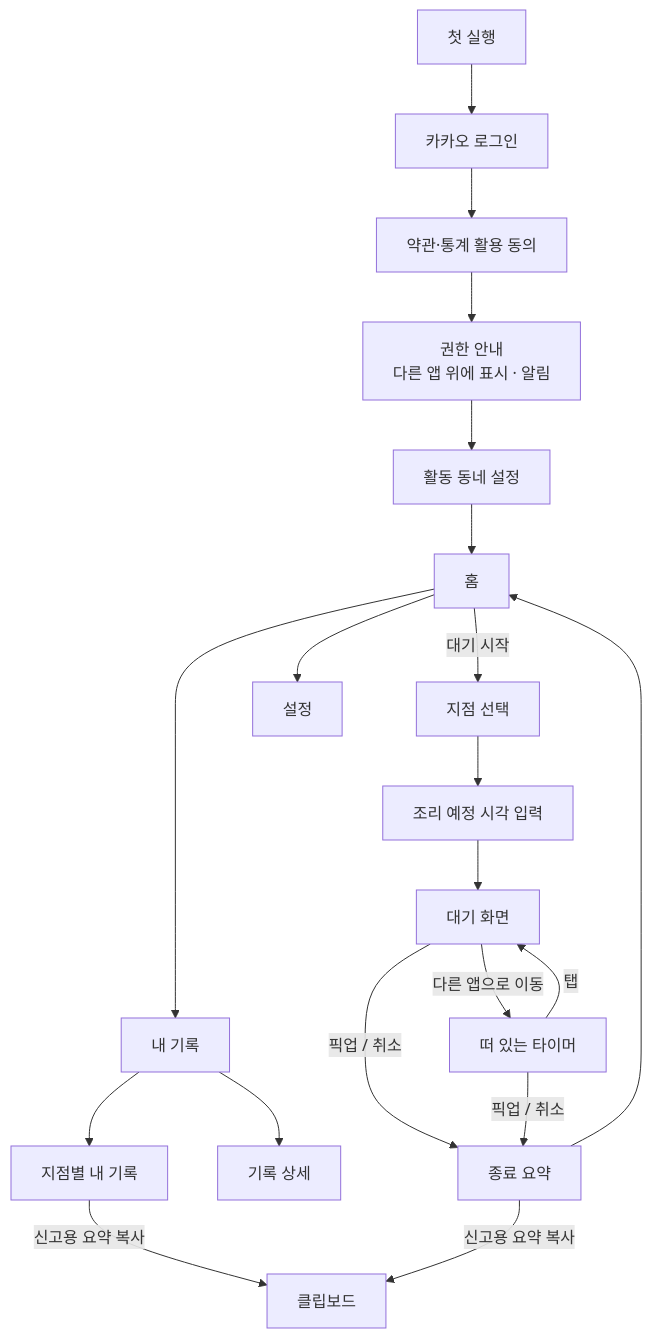
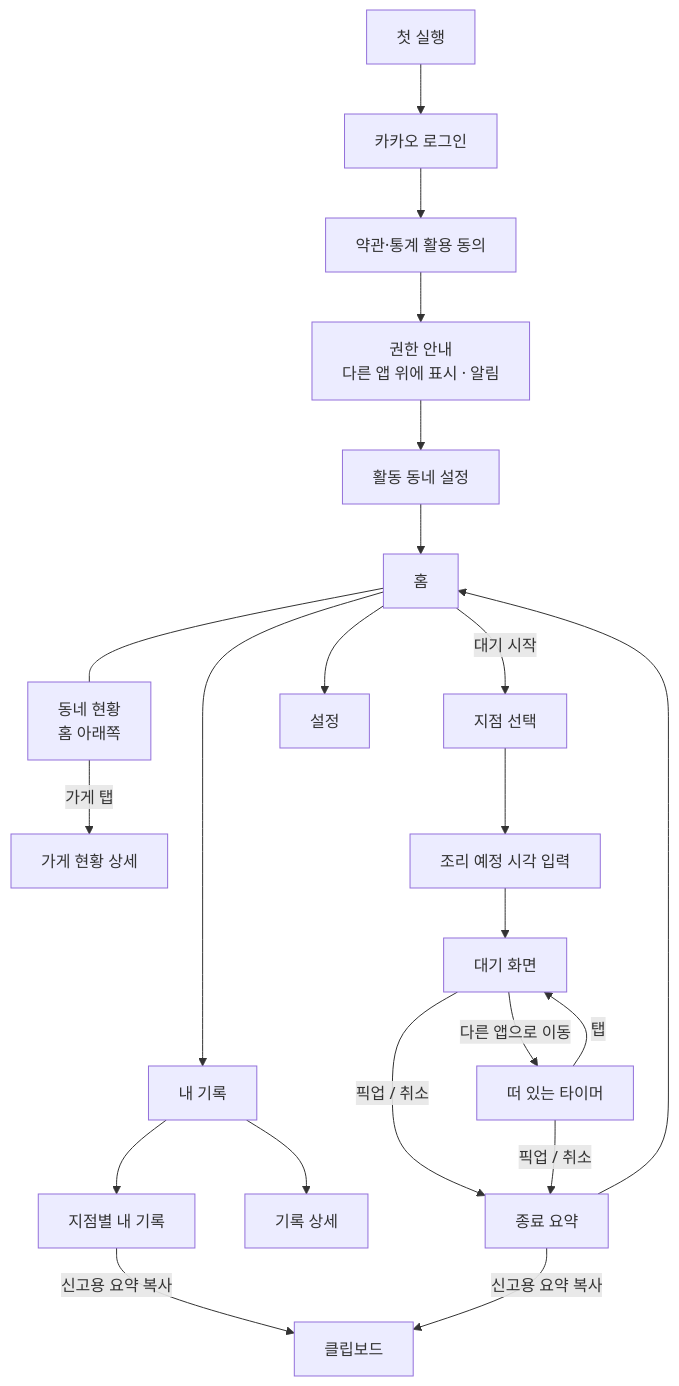
The diagram in docs/화면-흐름.md (kery27/eomisae), drawn with Mermaid before and after one commit. The commit also changed other lines of this file and 1 other file, not shown here.

````diff
--- a/docs/화면-흐름.md
+++ b/docs/화면-흐름.md
@@ -21,25 +23,27 @@
 ```mermaid
 flowchart TD
     A[첫 실행] --> B[카카오 로그인]
     B --> C[약관·통계 활용 동의]
     C --> D[권한 안내<br/>다른 앱 위에 표시 · 알림]
     D --> E[활동 동네 설정]
     E --> H[홈]
 
+    H --- N[동네 현황<br/>홈 아래쪽]
+    N -->|가게 탭| ND[가게 현황 상세]
     H -->|대기 시작| S1[지점 선택]
     S1 --> S2[조리 예정 시각 입력]
     S2 --> W[대기 화면]
     W -->|다른 앱으로 이동| F[떠 있는 타이머]
     F -->|탭| W
     W -->|픽업 / 취소| R[종료 요약]
     F -->|픽업 / 취소| R
     R --> H
 
     H --> L[내 기록]
     L --> LD[기록 상세]
     L --> P[지점별 내 기록]
     P -->|신고용 요약 복사| CP[클립보드]
     R -->|신고용 요약 복사| CP
 
     H --> ST[설정]
 ```
````
